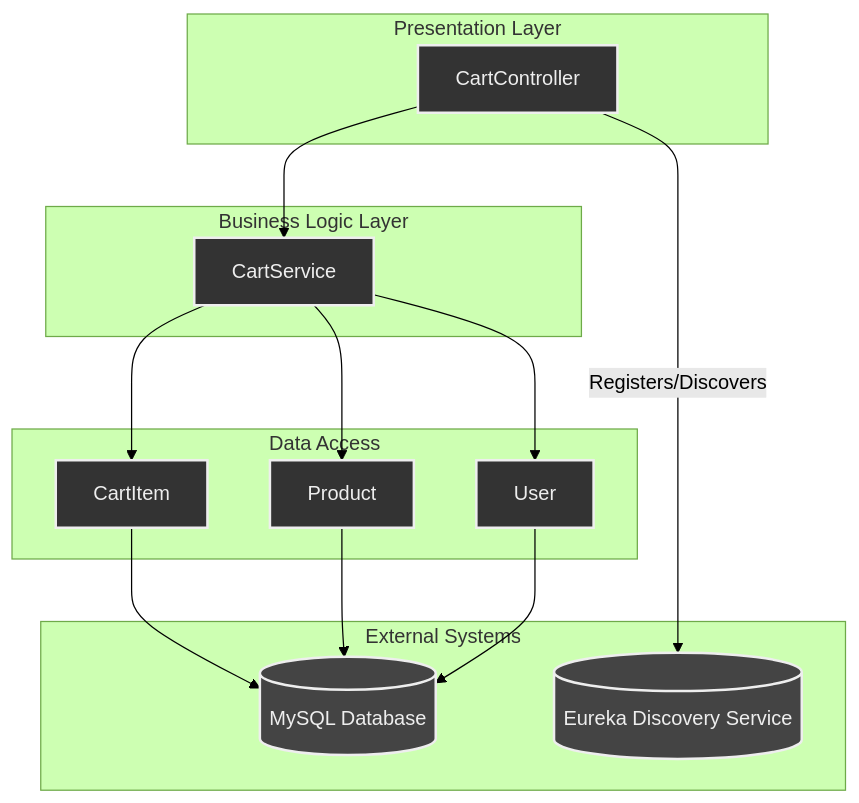
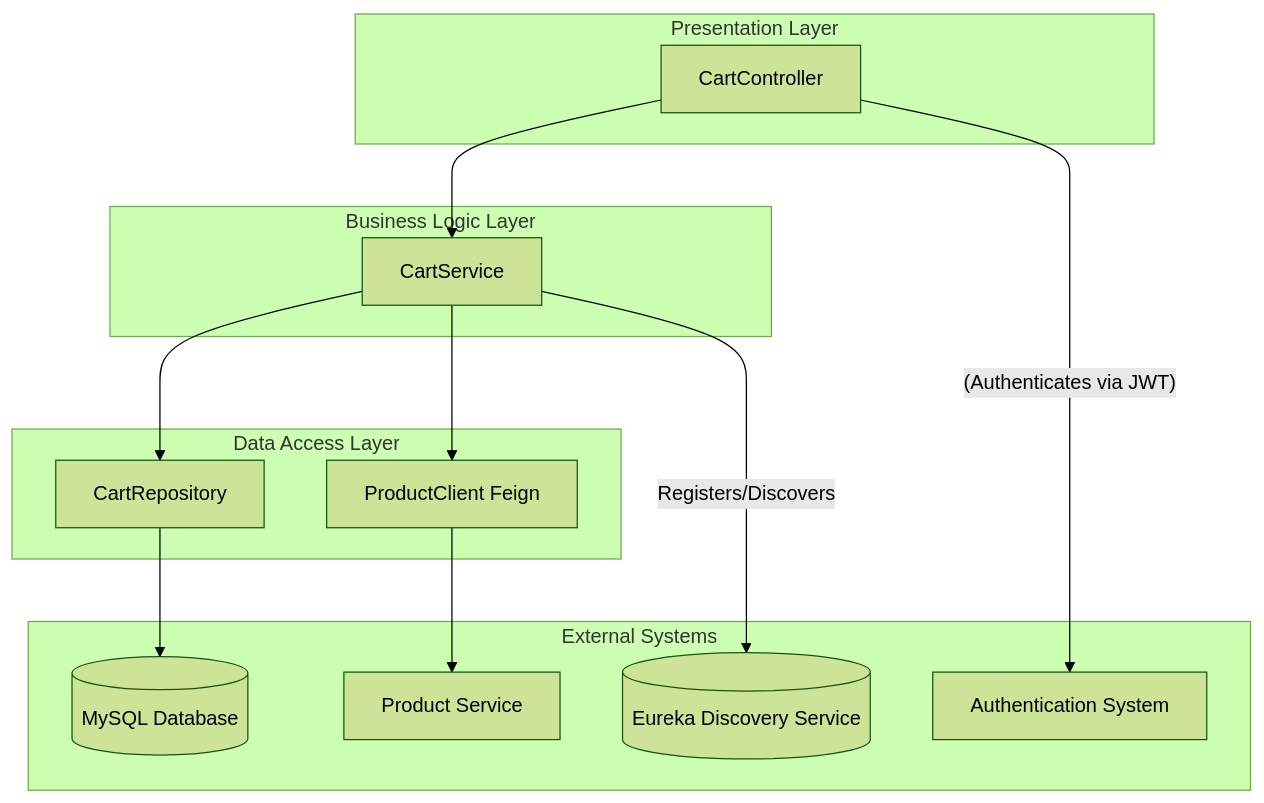
One commit to ACHYUTH-S-11/E_Commerce changed the first of 2 diagrams in README.md. Above: the diagram before and after it, drawn with Mermaid (forest theme).

Commit message:
component diagram updated

````diff
--- a/README.md
+++ b/README.md
@@ -59,43 +59,33 @@
 ```mermaid
 graph TD
-    subgraph "Presentation Layer"
-        CartController[CartController]
-    end
- 
-    subgraph "Business Logic Layer"
-        CartService[CartService]
-    end
- 
-    subgraph "Data Access"
-        CartItem[CartItem]
-        Product[Product]
-        User[User]
-    end
- 
+    
+        subgraph "Presentation Layer"
+            CartController[CartController]
+        end
+
+        subgraph "Business Logic Layer"
+            CartService[CartService]
+        end
+
+        subgraph "Data Access Layer"
+            CartRepository[CartRepository]
+            ProductClient[ProductClient Feign]
+        end
+    
+
     subgraph "External Systems"
         MySQL[(MySQL Database)]
+        ProductService[Product Service]
+        AuthenticationSystem[Authentication System]
         Eureka[(Eureka Discovery Service)]
     end
- 
+
     CartController --> CartService
-    CartService --> CartItem
-    CartService --> Product
-    CartService --> User
-    CartItem --> MySQL
-    Product --> MySQL
-    User --> MySQL
- 
-    CartController -- Registers/Discovers --> Eureka
+    CartService --> CartRepository
+    CartService --> ProductClient
+    CartRepository --> MySQL
+    ProductClient --> ProductService
+    CartController -- (Authenticates via JWT) --> AuthenticationSystem
+    CartService -- Registers/Discovers --> Eureka
 
- 
-    %% Optional: Styles for better visual separation (might not render in all GitHub viewers)
-    %% Some GitHub Markdown viewers might not support advanced styling directly within the code block.
-    %% If these styles don't render, the basic connections will still be clear.
-    style CartController fill:#333,stroke:#eee,stroke-width:2px,color:#eee
-    style CartService fill:#333,stroke:#eee,stroke-width:2px,color:#eee
-    style CartItem fill:#333,stroke:#eee,stroke-width:2px,color:#eee
-    style Product fill:#333,stroke:#eee,stroke-width:2px,color:#eee
-    style User fill:#333,stroke:#eee,stroke-width:2px,color:#eee
-    style MySQL fill:#444,stroke:#eee,stroke-width:2px,color:#eee
-    style Eureka fill:#444,stroke:#eee,stroke-width:2px,color:#eee
 ```
````
